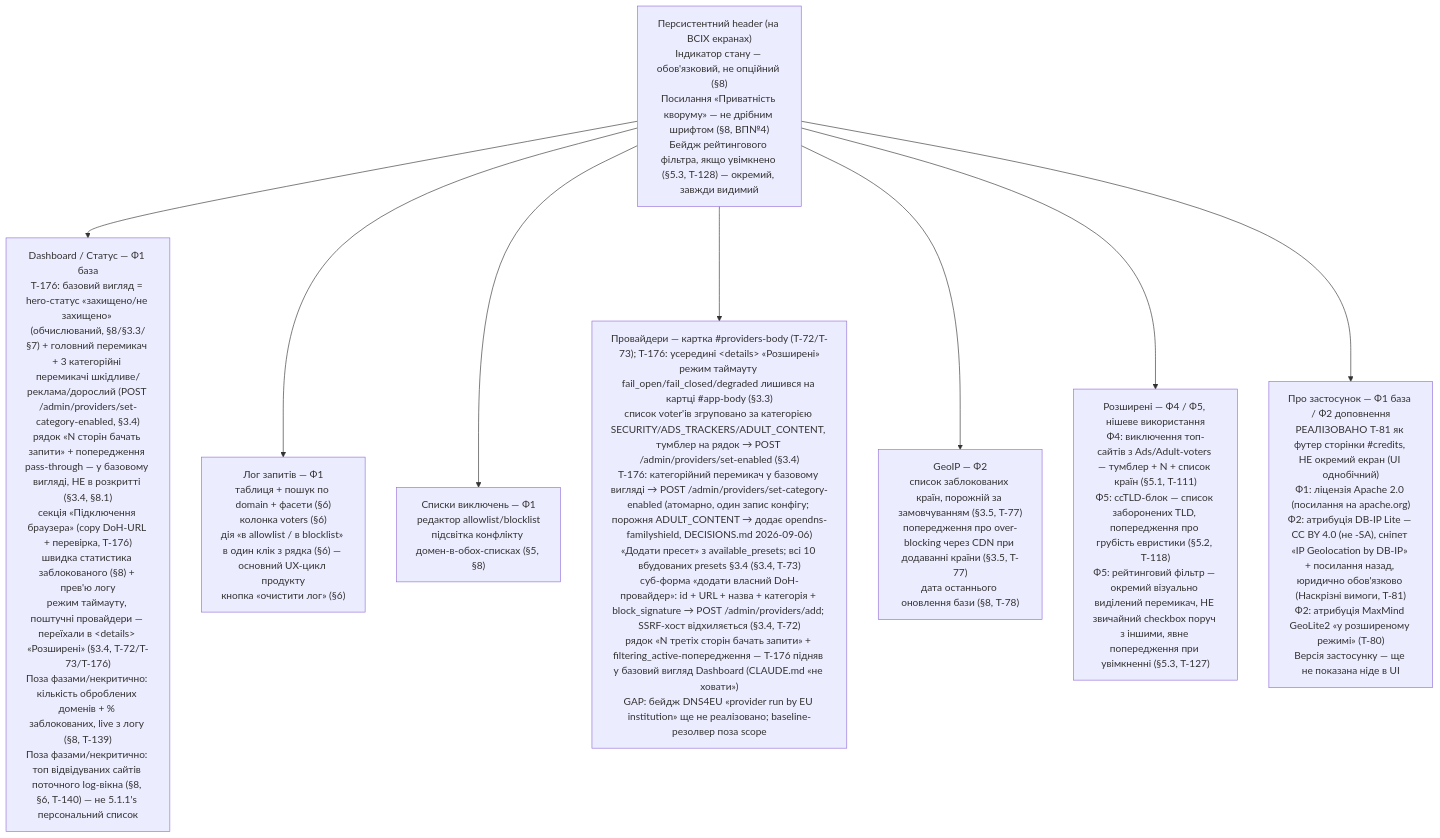
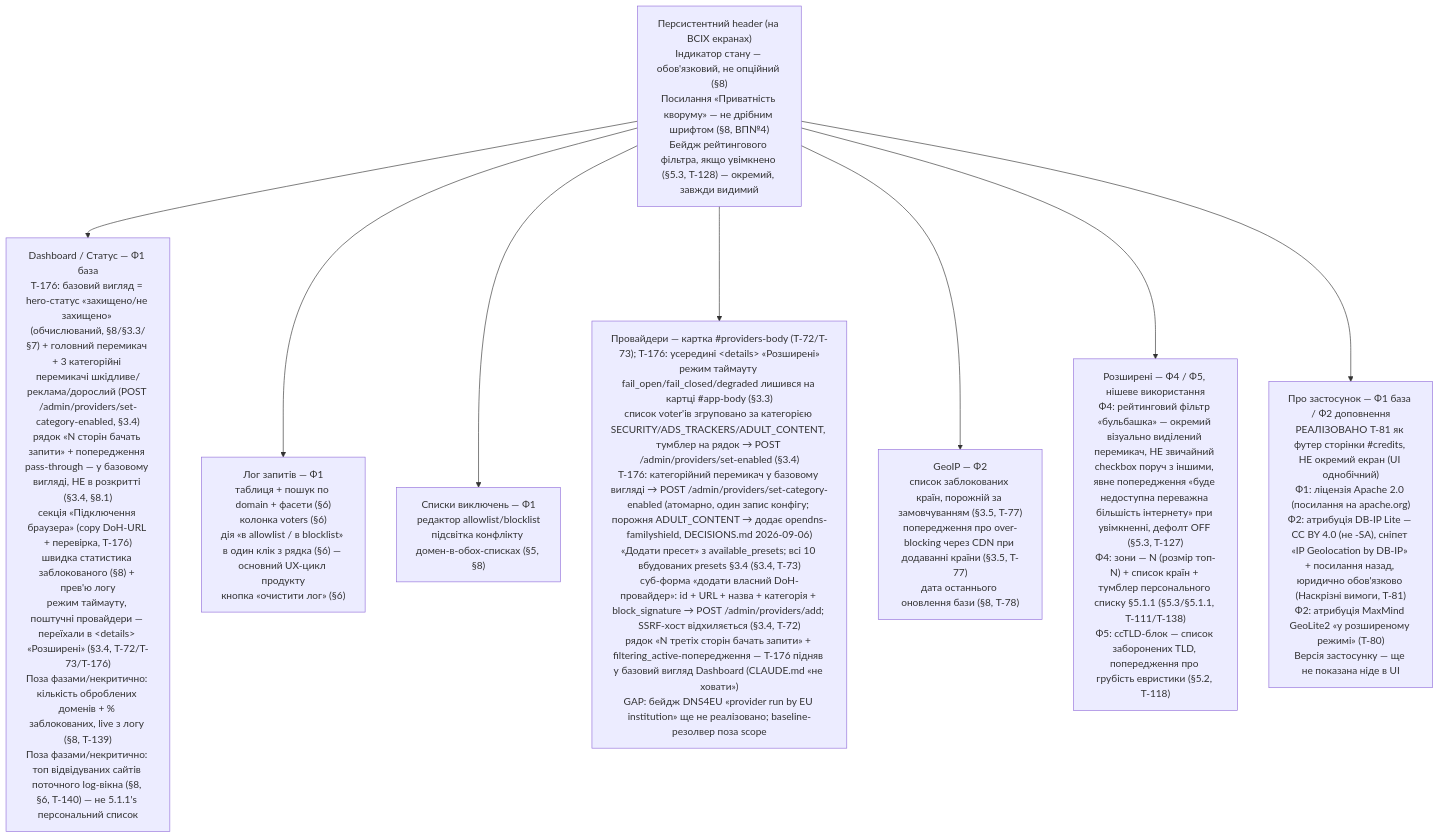
One commit to user137/dns-quorum-filter changed the diagram in diagrams/ui-navigation.md. Above: the diagram before and after it, drawn with Mermaid. The commit also changed other lines of this file and 6 other files, not shown here.

````diff
--- a/diagrams/ui-navigation.md
+++ b/diagrams/ui-navigation.md
@@ -12,26 +13,26 @@
 ```mermaid
 flowchart TD
     Header["Персистентний header (на ВСІХ екранах)<br/>Індикатор стану — обов'язковий, не опційний (§8)<br/>Посилання «Приватність кворуму» — не дрібним шрифтом (§8, ВП№4)<br/>Бейдж рейтингового фільтра, якщо увімкнено (§5.3, T-128) — окремий, завжди видимий"]
 
     Header --> Dashboard
     Header --> Log
     Header --> Lists
     Header --> Providers
     Header --> GeoIP
     Header --> Advanced
     Header --> About
 
     Dashboard["Dashboard / Статус — Ф1 база<br/>T-176: базовий вигляд = hero-статус «захищено/не захищено» (обчислюваний, §8/§3.3/§7) + головний перемикач + 3 категорійні перемикачі шкідливе/реклама/дорослий (POST /admin/providers/set-category-enabled, §3.4)<br/>рядок «N сторін бачать запити» + попередження pass-through — у базовому вигляді, НЕ в розкритті (§3.4, §8.1)<br/>секція «Підключення браузера» (copy DoH-URL + перевірка, T-176)<br/>швидка статистика заблокованого (§8) + прев'ю логу<br/>режим таймауту, поштучні провайдери — переїхали в &lt;details&gt; «Розширені» (§3.4, T-72/T-73/T-176)<br/>Поза фазами/некритично: кількість оброблених доменів + % заблокованих, live з логу (§8, T-139)<br/>Поза фазами/некритично: топ відвідуваних сайтів поточного log-вікна (§8, §6, T-140) — не 5.1.1's персональний список"]
 
     Log["Лог запитів — Ф1<br/>таблиця + пошук по domain + фасети (§6)<br/>колонка voters (§6)<br/>дія «в allowlist / в blocklist» в один клік з рядка (§6) — основний UX-цикл продукту<br/>кнопка «очистити лог» (§6)"]
 
     Lists["Списки виключень — Ф1<br/>редактор allowlist/blocklist<br/>підсвітка конфлікту домен-в-обох-списках (§5, §8)"]
 
     Providers["Провайдери — картка #providers-body (T-72/T-73); T-176: усередині &lt;details&gt; «Розширені»<br/>режим таймауту fail_open/fail_closed/degraded лишився на картці #app-body (§3.3)<br/>список voter'ів згруповано за категорією SECURITY/ADS_TRACKERS/ADULT_CONTENT, тумблер на рядок → POST /admin/providers/set-enabled (§3.4)<br/>T-176: категорійний перемикач у базовому вигляді → POST /admin/providers/set-category-enabled (атомарно, один запис конфігу; порожня ADULT_CONTENT → додає opendns-familyshield, DECISIONS.md 2026-09-06)<br/>«Додати пресет» з available_presets; всі 10 вбудованих presets §3.4 (§3.4, T-73)<br/>суб-форма «додати власний DoH-провайдер»: id + URL + назва + категорія + block_signature → POST /admin/providers/add; SSRF-хост відхиляється (§3.4, T-72)<br/>рядок «N третіх сторін бачать запити» + filtering_active-попередження — T-176 підняв у базовий вигляд Dashboard (CLAUDE.md «не ховати»)<br/>GAP: бейдж DNS4EU «provider run by EU institution» ще не реалізовано; baseline-резолвер поза scope"]
 
     GeoIP["GeoIP — Ф2<br/>список заблокованих країн, порожній за замовчуванням (§3.5, T-77)<br/>попередження про over-blocking через CDN при додаванні країни (§3.5, T-77)<br/>дата останнього оновлення бази (§8, T-78)"]
 
-    Advanced["Розширені — Ф4 / Ф5, нішеве використання<br/>Ф4: виключення топ-сайтів з Ads/Adult-voters — тумблер + N + список країн (§5.1, T-111)<br/>Ф5: ccTLD-блок — список заборонених TLD, попередження про грубість евристики (§5.2, T-118)<br/>Ф5: рейтинговий фільтр — окремий візуально виділений перемикач, НЕ звичайний checkbox поруч з іншими, явне попередження при увімкненні (§5.3, T-127)"]
+    Advanced["Розширені — Ф4 / Ф5, нішеве використання<br/>Ф4: рейтинговий фільтр «бульбашка» — окремий візуально виділений перемикач, НЕ звичайний checkbox поруч з іншими, явне попередження «буде недоступна переважна більшість інтернету» при увімкненні, дефолт OFF (§5.3, T-127)<br/>Ф4: зони — N (розмір топ-N) + список країн + тумблер персонального списку §5.1.1 (§5.3/§5.1.1, T-111/T-138)<br/>Ф5: ccTLD-блок — список заборонених TLD, попередження про грубість евристики (§5.2, T-118)"]
 
     About["Про застосунок — Ф1 база / Ф2 доповнення<br/>РЕАЛІЗОВАНО T-81 як футер сторінки #credits, НЕ окремий екран (UI однобічний)<br/>Ф1: ліцензія Apache 2.0 (посилання на apache.org)<br/>Ф2: атрибуція DB-IP Lite — CC BY 4.0 (не -SA), сніпет «IP Geolocation by DB-IP» + посилання назад, юридично обов'язково (Наскрізні вимоги, T-81)<br/>Ф2: атрибуція MaxMind GeoLite2 «у розширеному режимі» (T-80)<br/>Версія застосунку — ще не показана ніде в UI"]
 ```
````
